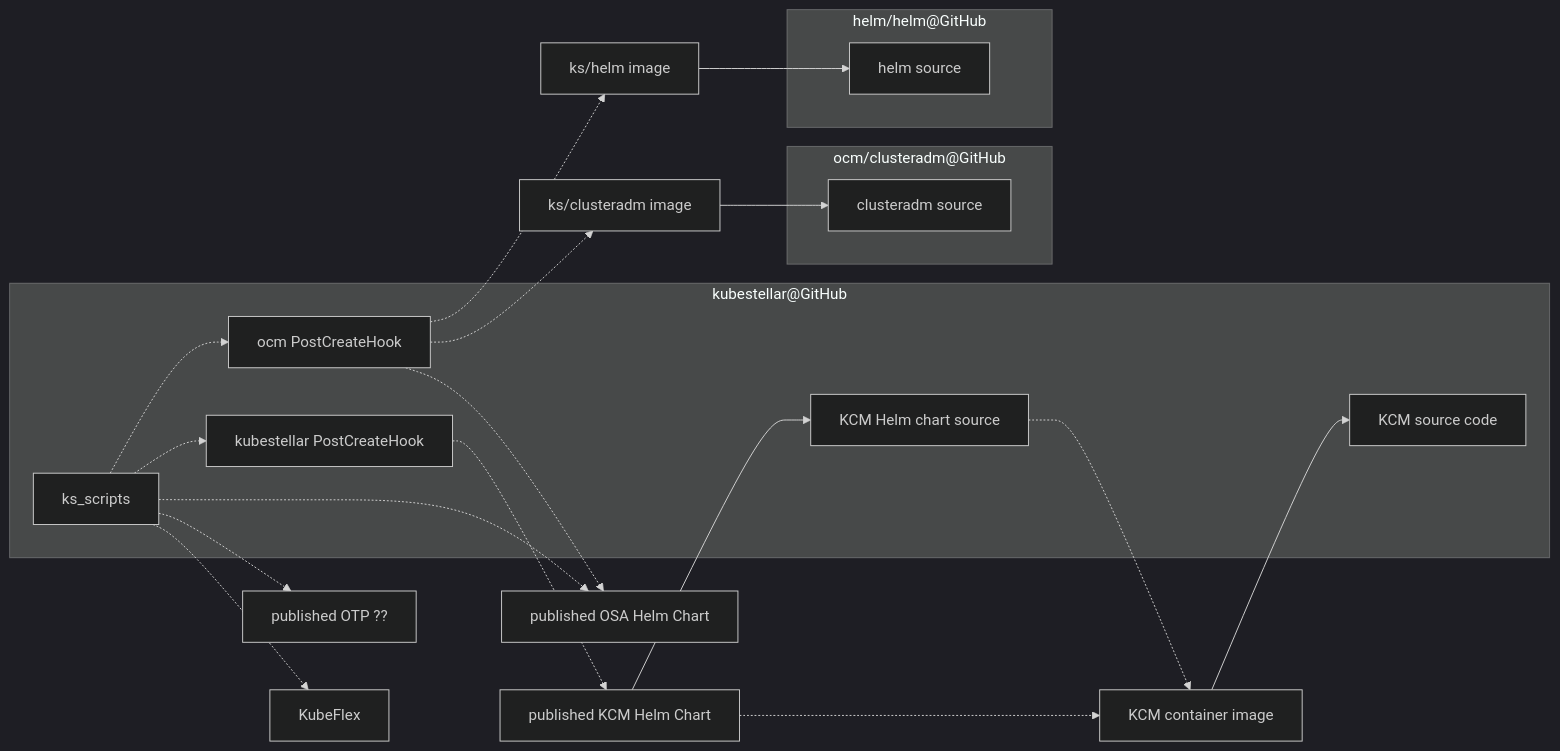
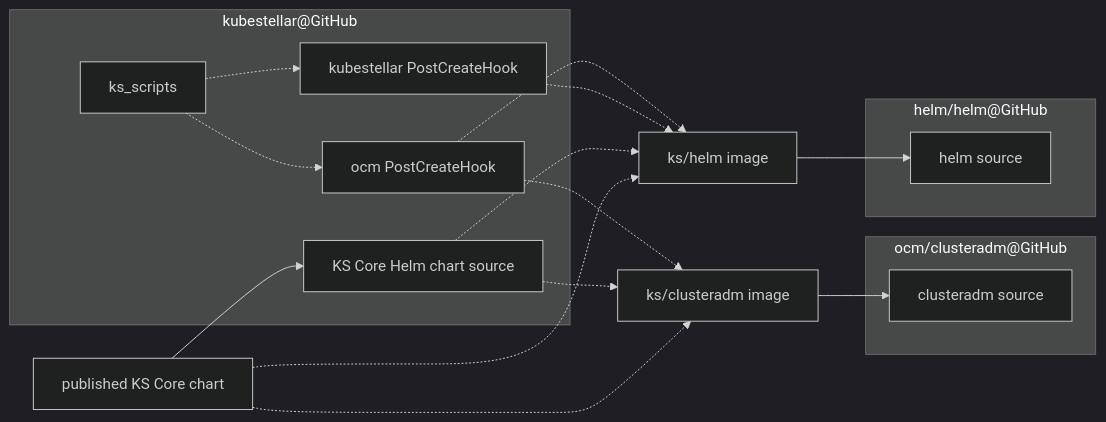
Before and after one commit to kubestellar/kubestellar: the fourth of 5 diagrams in docs/content/direct/packaging.md, drawn with Mermaid (dark theme). The commit also changed other lines of this file, not shown here.

````diff
--- a/docs/content/direct/packaging.md
+++ b/docs/content/direct/packaging.md
@@ -84,30 +119,26 @@
 ```mermaid
 flowchart LR
     subgraph helm_repo["helm/helm@GitHub"]
     helm_src["helm source"]
     end
     subgraph cladm_repo["ocm/clusteradm@GitHub"]
     cladm_src["clusteradm source"]
     end
     subgraph ks_repo["kubestellar@GitHub"]
-    kcm_code[KCM source code]
-    kcm_hc_src[KCM Helm chart source]
+    ksc_hc_src[KS Core Helm chart source]
     ks_pch[kubestellar PostCreateHook]
     ocm_pch["ocm PostCreateHook"]
     ks_scripts -.-> ocm_pch
     ks_scripts -.-> ks_pch
     end
     helm_image["ks/helm image"] --> helm_src
     cladm_image["ks/clusteradm image"] --> cladm_src
     ocm_pch -.-> helm_image
     ocm_pch -.-> cladm_image
-    ocm_pch -.-> osa_hc_repo
-    kcm_ctr_image[KCM container image] --> kcm_code
-    kcm_hc_repo[published KCM Helm Chart] --> kcm_hc_src
-    kcm_hc_src -.-> kcm_ctr_image
-    kcm_hc_repo -.-> kcm_ctr_image
-    ks_pch  -.-> kcm_hc_repo
-    ks_scripts -.-> osa_hc_repo[published OSA Helm Chart]
-    ks_scripts -.-> otp_something["published OTP ??"]
-    ks_scripts -.-> KubeFlex
+    ks_pch -.-> helm_image
+    ksc_hc_repo[published KS Core chart] --> ksc_hc_src
+    ksc_hc_src -.-> helm_image
+    ksc_hc_src -.-> cladm_image
+    ksc_hc_repo -.-> cladm_image
+    ksc_hc_repo -.-> helm_image
 ```
````
